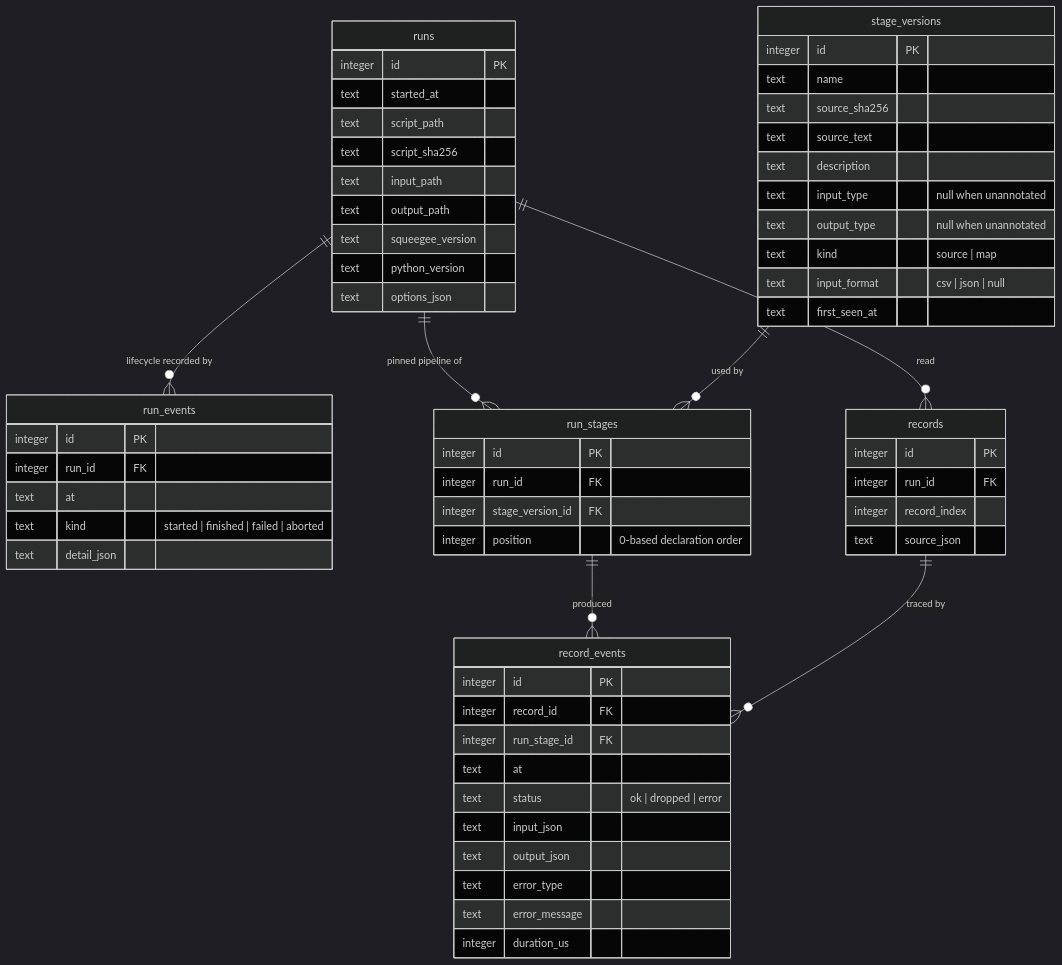
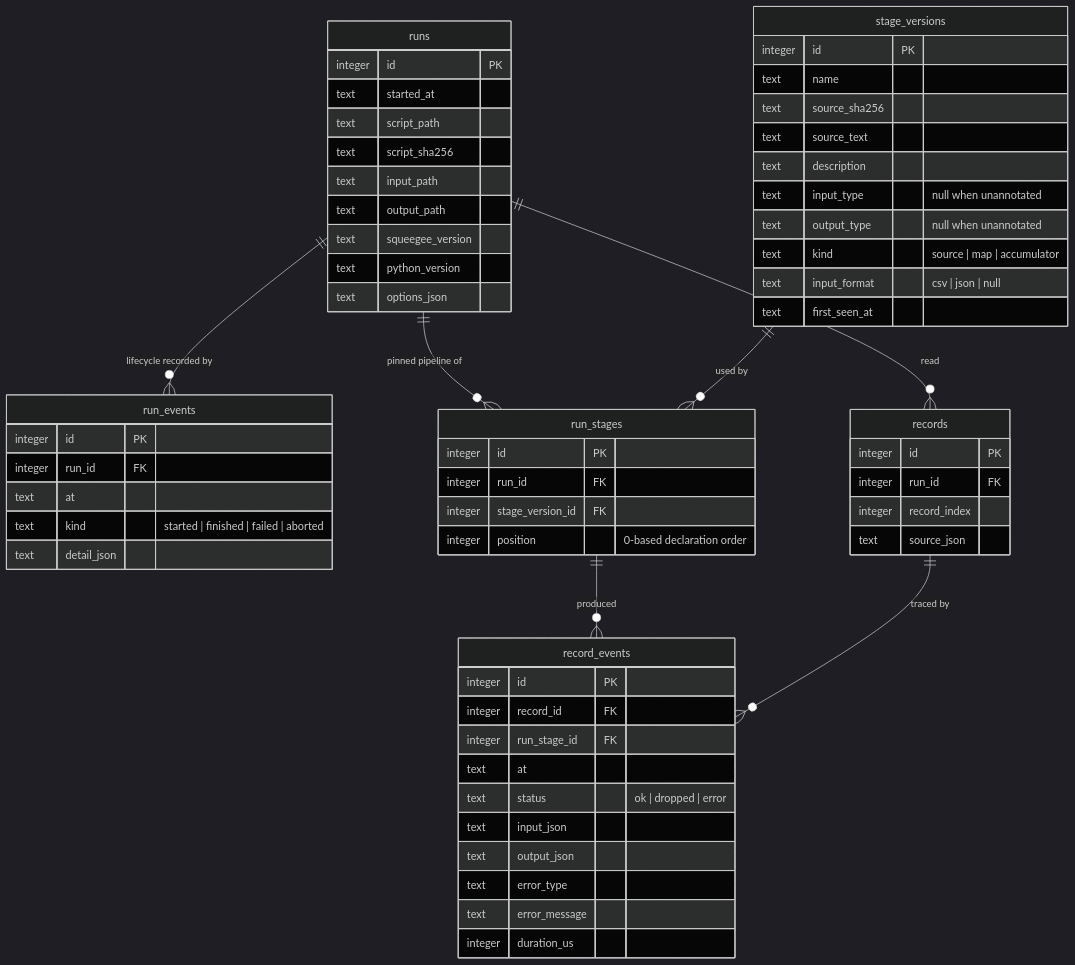
Before and after one commit to alexshank/squeegee: the diagram in docs/data-model.md, drawn with Mermaid (dark theme). The commit also changed other lines of this file and 36 other files, not shown here.

````diff
--- a/docs/data-model.md
+++ b/docs/data-model.md
@@ -17,64 +17,64 @@
 ```mermaid
 erDiagram
     runs ||--o{ run_events   : "lifecycle recorded by"
     runs ||--o{ run_stages   : "pinned pipeline of"
     runs ||--o{ records      : "read"
     stage_versions ||--o{ run_stages    : "used by"
     run_stages     ||--o{ record_events : "produced"
     records        ||--o{ record_events : "traced by"
 
     runs {
         integer id PK
         text    started_at
         text    script_path
         text    script_sha256
         text    input_path
         text    output_path
         text    squeegee_version
         text    python_version
         text    options_json
     }
     run_events {
         integer id PK
         integer run_id FK
         text    at
         text    kind "started | finished | failed | aborted"
         text    detail_json
     }
     stage_versions {
         integer id PK
         text    name
         text    source_sha256
         text    source_text
         text    description
         text    input_type "null when unannotated"
         text    output_type "null when unannotated"
-        text    kind "source | map"
+        text    kind "source | map | accumulator"
         text    input_format "csv | json | null"
         text    first_seen_at
     }
     run_stages {
         integer id PK
         integer run_id FK
         integer stage_version_id FK
         integer position "0-based declaration order"
     }
     records {
         integer id PK
         integer run_id FK
         integer record_index
         text    source_json
     }
     record_events {
         integer id PK
         integer record_id FK
         integer run_stage_id FK
         text    at
         text    status "ok | dropped | error"
         text    input_json
         text    output_json
         text    error_type
         text    error_message
         integer duration_us
     }
 ```
````
